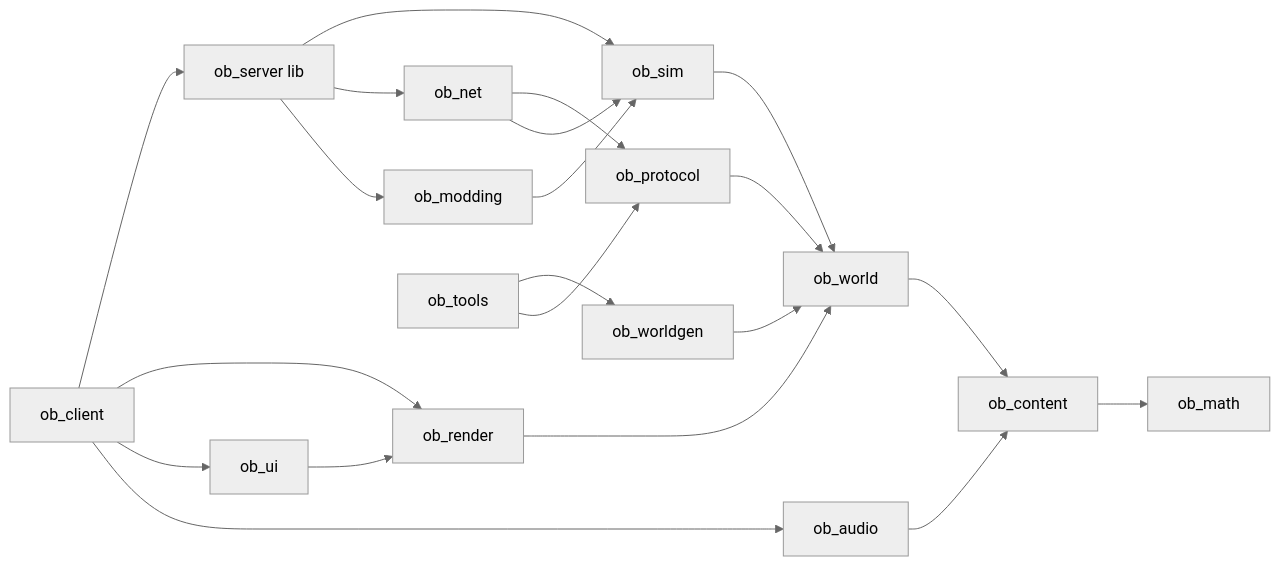
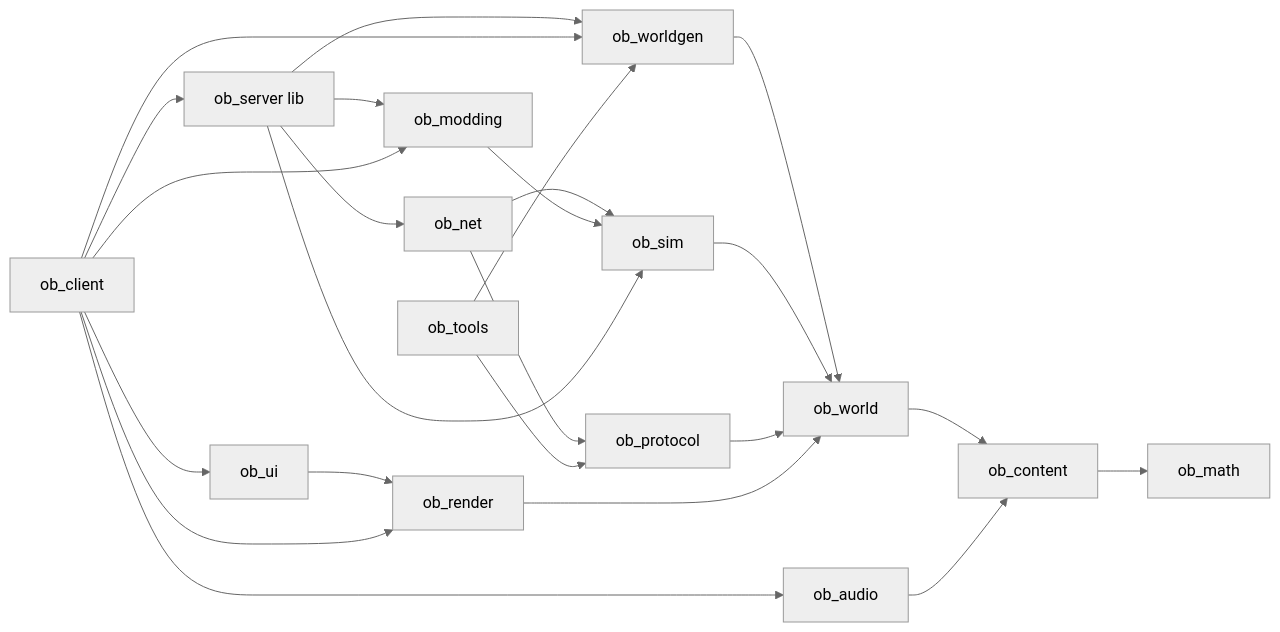
The first of 4 diagrams in docs/spec/01-technical-architecture.md (martintondel02/openblock), drawn with Mermaid (neutral theme) before and after one commit. The commit also changed other lines of this file and 57 other files, not shown here.

````diff
--- a/docs/spec/01-technical-architecture.md
+++ b/docs/spec/01-technical-architecture.md
@@ -73,23 +78,26 @@
 ```mermaid
 graph LR
   content["ob_content"] --> math["ob_math"]
   world["ob_world"] --> content
   worldgen["ob_worldgen"] --> world
   sim["ob_sim"] --> world
   proto["ob_protocol"] --> world
   net["ob_net"] --> proto
   net --> sim
   modding["ob_modding"] --> sim
   render["ob_render"] --> world
   ui["ob_ui"] --> render
   audio["ob_audio"] --> content
   server["ob_server lib"] --> sim
   server --> net
   server --> modding
+  server --> worldgen
   client["ob_client"] --> server
   client --> render
   client --> ui
   client --> audio
+  client --> modding
+  client --> worldgen
   tools["ob_tools"] --> worldgen
   tools --> proto
 ```
````
